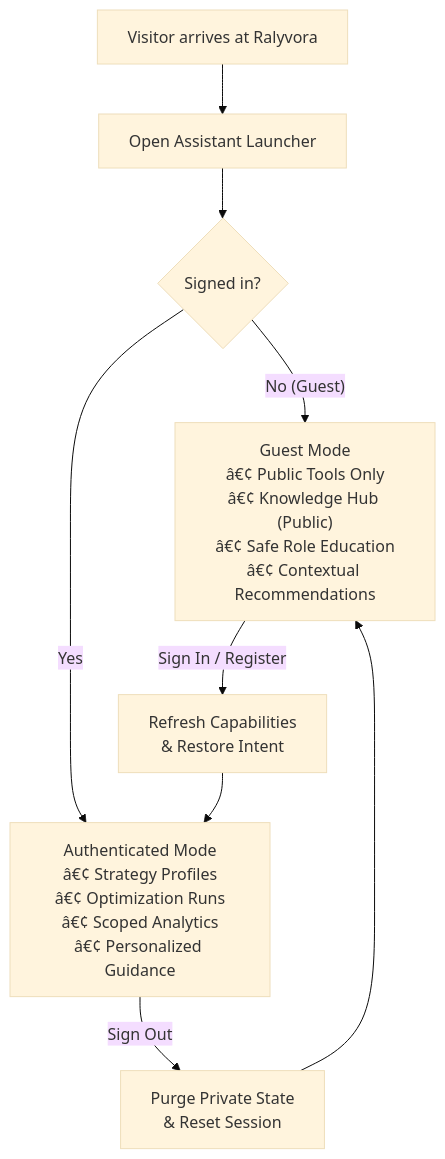
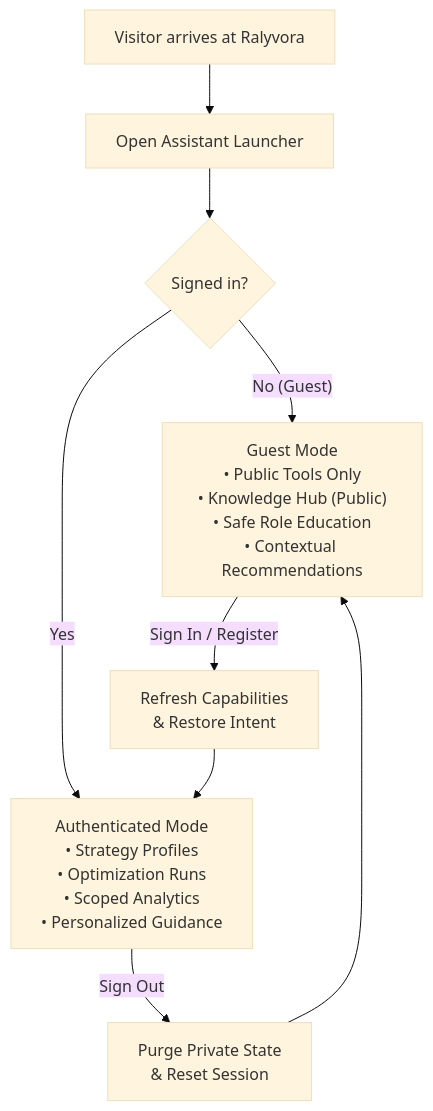
Before and after one commit to cristianrusu777/Kingshot-Events-Tracker-DOCS: the diagram in docs/kingshot-events/overview/ralyvora-assistant.md, drawn with Mermaid (base theme). The commit also changed 9 other files, not shown here.

````diff
--- a/docs/kingshot-events/overview/ralyvora-assistant.md
+++ b/docs/kingshot-events/overview/ralyvora-assistant.md
@@ -26,11 +26,11 @@
 ```mermaid
 flowchart TD
   Visitor["Visitor arrives at Ralyvora"] --> Launcher["Open Assistant Launcher"]
   Launcher --> StateCheck{"Signed in?"}
-  StateCheck -- "No (Guest)" --> GuestMode["Guest Mode<br/>â€¢ Public Tools Only<br/>â€¢ Knowledge Hub (Public)<br/>â€¢ Safe Role Education<br/>â€¢ Contextual Recommendations"]
-  StateCheck -- "Yes" --> AuthMode["Authenticated Mode<br/>â€¢ Strategy Profiles<br/>â€¢ Optimization Runs<br/>â€¢ Scoped Analytics<br/>â€¢ Personalized Guidance"]
+  StateCheck -- "No (Guest)" --> GuestMode["Guest Mode<br/>• Public Tools Only<br/>• Knowledge Hub (Public)<br/>• Safe Role Education<br/>• Contextual Recommendations"]
+  StateCheck -- "Yes" --> AuthMode["Authenticated Mode<br/>• Strategy Profiles<br/>• Optimization Runs<br/>• Scoped Analytics<br/>• Personalized Guidance"]
   GuestMode -- "Sign In / Register" --> AuthTransition["Refresh Capabilities<br/>& Restore Intent"]
   AuthTransition --> AuthMode
   AuthMode -- "Sign Out" --> LogoutReset["Purge Private State<br/>& Reset Session"]
   LogoutReset --> GuestMode
 ```
````
